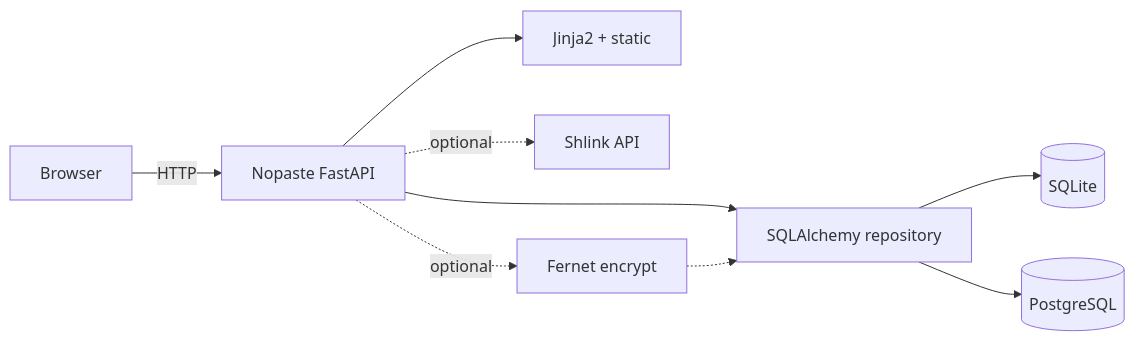
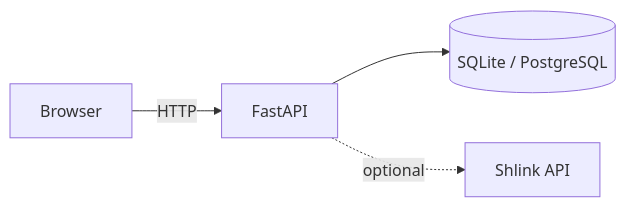
One commit to nordz0r/nopaste changed the diagram in README.en.md. Above: the diagram before and after it, drawn with Mermaid. The commit also changed other lines of this file and 4 other files, not shown here.

Commit message:
docs: README diagrams section (PR Lens, Mermaid) and animated architecture diagram

````diff
--- a/README.en.md
+++ b/README.en.md
@@ -122,11 +200,6 @@
 ```mermaid
 flowchart LR
-  Browser -->|HTTP| App[Nopaste FastAPI]
-  App --> Templates[Jinja2 + static]
-  App --> Storage[SQLAlchemy repository]
-  Storage --> SQLite[(SQLite)]
-  Storage --> PG[(PostgreSQL)]
+  Browser -->|HTTP| App[FastAPI]
+  App --> Storage[(SQLite / PostgreSQL)]
   App -.->|optional| Shlink[Shlink API]
-  App -.->|optional| Crypto[Fernet encrypt]
-  Crypto -.-> Storage
 ```
````
